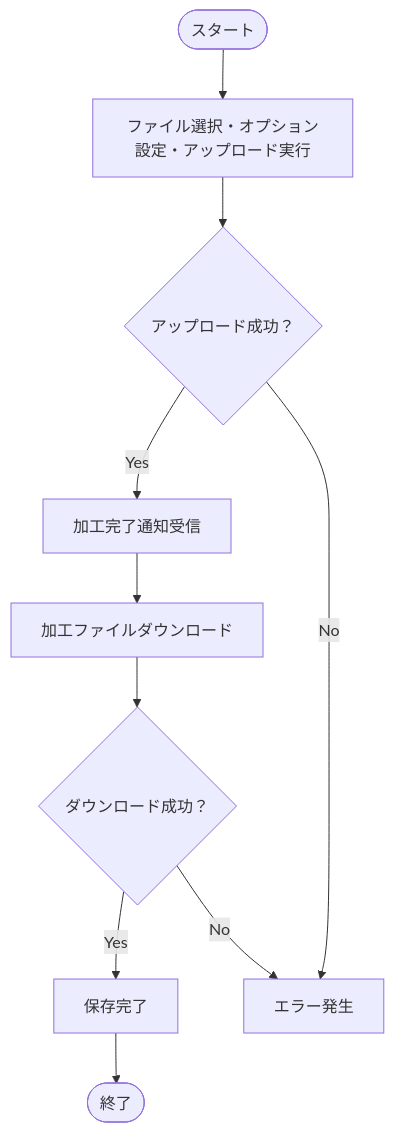
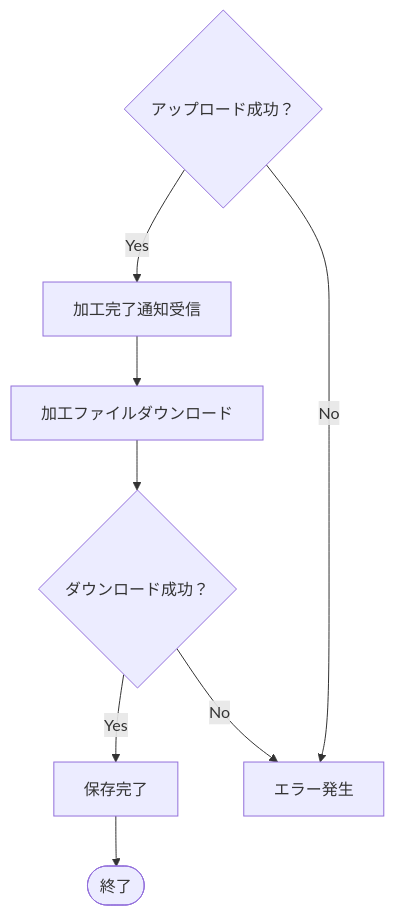
One commit to BackendExplorer/Video-Processor changed the diagram in README.md. Above: the diagram before and after it, drawn with Mermaid.

````diff
--- a/README.md
+++ b/README.md
@@ -155,17 +155,16 @@
 ```mermaid
 flowchart TD
-    Start(["スタート"])
-    アップロード準備["ファイル選択・オプション設定・アップロード実行"]
     アップロード成功{アップロード成功？}
-    加工完了["加工完了通知受信"]
+    加工完了通知["加工完了通知受信"]
     ダウンロード["加工ファイルダウンロード"]
     ダウンロード成功{ダウンロード成功？}
     保存完了["保存完了"]
     エラー発生["エラー発生"]
+    終了(["終了"])
 
-    Start --> アップロード準備 --> アップロード成功
-    アップロード成功 -- Yes --> 加工完了 --> ダウンロード --> ダウンロード成功
+    アップロード成功 -- Yes --> 加工完了通知 --> ダウンロード --> ダウンロード成功
     アップロード成功 -- No --> エラー発生
-    ダウンロード成功 -- Yes --> 保存完了 --> 終了([終了])
+
+    ダウンロード成功 -- Yes --> 保存完了 --> 終了
     ダウンロード成功 -- No --> エラー発生
 ```
````
